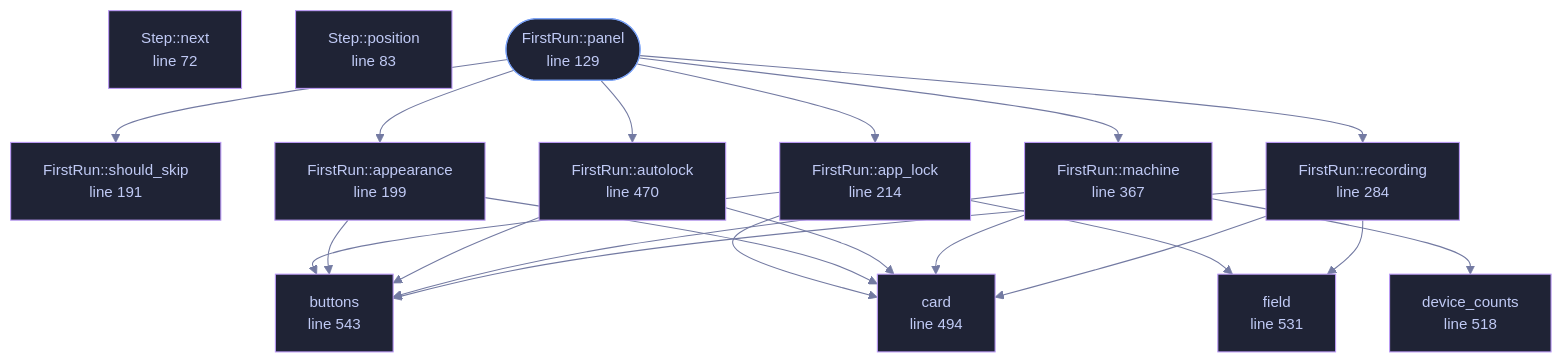
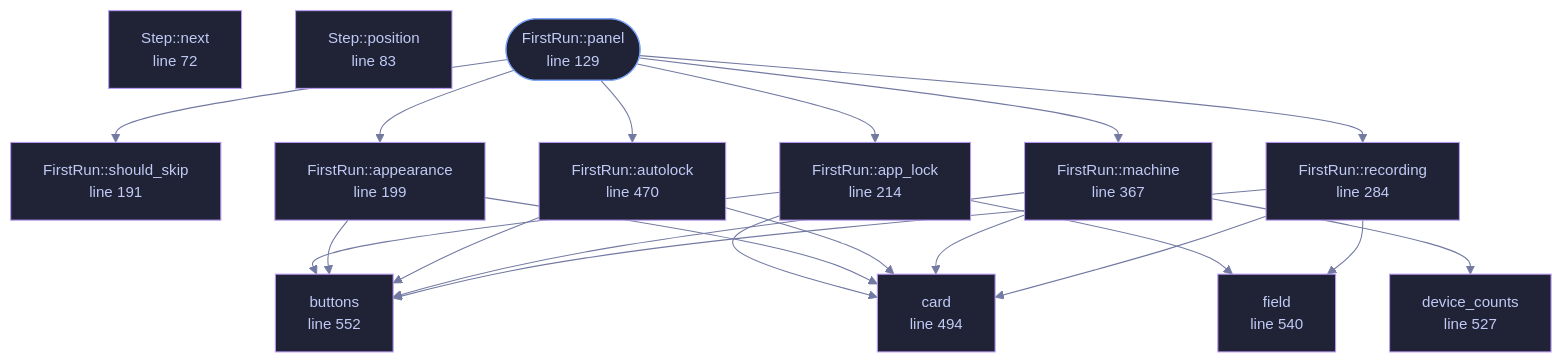
Before and after one commit to tilas01/veilvoice: the diagram in docs/files/veilvoice-gui/firstrun.md, drawn with Mermaid. The commit also changed other lines of this file and 17 other files, not shown here.

````diff
--- a/docs/files/veilvoice-gui/firstrun.md
+++ b/docs/files/veilvoice-gui/firstrun.md
@@ -99,53 +99,53 @@
 ```mermaid
 %%{init: {"theme":"base","themeVariables":{"background":"#1a1b26","primaryColor":"#1f2335","primaryTextColor":"#c0caf5","primaryBorderColor":"#7aa2f7","secondaryColor":"#16161e","tertiaryColor":"#16161e","lineColor":"#737aa2","textColor":"#c0caf5","mainBkg":"#1f2335","nodeBorder":"#7aa2f7","clusterBkg":"#16161e","clusterBorder":"#2f3549","fontFamily":"ui-monospace, SFMono-Regular, Consolas, monospace","fontSize":"14px"}}}%%
 flowchart TD
     n_next["Step::next<br/>line 72"]
     n_position["Step::position<br/>line 83"]
     n_panel(["FirstRun::panel<br/>line 129"])
     n_should_skip["FirstRun::should_skip<br/>line 191"]
     n_appearance["FirstRun::appearance<br/>line 199"]
     n_app_lock["FirstRun::app_lock<br/>line 214"]
     n_recording["FirstRun::recording<br/>line 284"]
     n_machine["FirstRun::machine<br/>line 367"]
     n_autolock["FirstRun::autolock<br/>line 470"]
     n_card["card<br/>line 494"]
-    n_device_counts["device_counts<br/>line 518"]
-    n_field["field<br/>line 531"]
-    n_buttons["buttons<br/>line 543"]
+    n_device_counts["device_counts<br/>line 527"]
+    n_field["field<br/>line 540"]
+    n_buttons["buttons<br/>line 552"]
     n_app_lock --> n_buttons
     n_app_lock --> n_card
     n_app_lock --> n_field
     n_appearance --> n_buttons
     n_appearance --> n_card
     n_autolock --> n_buttons
     n_autolock --> n_card
     n_machine --> n_buttons
     n_machine --> n_card
     n_machine --> n_device_counts
     n_panel --> n_app_lock
     n_panel --> n_appearance
     n_panel --> n_autolock
     n_panel --> n_machine
     n_panel --> n_recording
     n_panel --> n_should_skip
     n_recording --> n_buttons
     n_recording --> n_card
     n_recording --> n_field
     click n_next href "https://github.com/tilas01/veilvoice/blob/main/crates/veilvoice-gui/src/firstrun.rs#L72" "open the source"
     click n_position href "https://github.com/tilas01/veilvoice/blob/main/crates/veilvoice-gui/src/firstrun.rs#L83" "open the source"
     click n_panel href "https://github.com/tilas01/veilvoice/blob/main/crates/veilvoice-gui/src/firstrun.rs#L129" "open the source"
     click n_should_skip href "https://github.com/tilas01/veilvoice/blob/main/crates/veilvoice-gui/src/firstrun.rs#L191" "open the source"
     click n_appearance href "https://github.com/tilas01/veilvoice/blob/main/crates/veilvoice-gui/src/firstrun.rs#L199" "open the source"
     click n_app_lock href "https://github.com/tilas01/veilvoice/blob/main/crates/veilvoice-gui/src/firstrun.rs#L214" "open the source"
     click n_recording href "https://github.com/tilas01/veilvoice/blob/main/crates/veilvoice-gui/src/firstrun.rs#L284" "open the source"
     click n_machine href "https://github.com/tilas01/veilvoice/blob/main/crates/veilvoice-gui/src/firstrun.rs#L367" "open the source"
     click n_autolock href "https://github.com/tilas01/veilvoice/blob/main/crates/veilvoice-gui/src/firstrun.rs#L470" "open the source"
     click n_card href "https://github.com/tilas01/veilvoice/blob/main/crates/veilvoice-gui/src/firstrun.rs#L494" "open the source"
-    click n_device_counts href "https://github.com/tilas01/veilvoice/blob/main/crates/veilvoice-gui/src/firstrun.rs#L518" "open the source"
-    click n_field href "https://github.com/tilas01/veilvoice/blob/main/crates/veilvoice-gui/src/firstrun.rs#L531" "open the source"
-    click n_buttons href "https://github.com/tilas01/veilvoice/blob/main/crates/veilvoice-gui/src/firstrun.rs#L543" "open the source"
+    click n_device_counts href "https://github.com/tilas01/veilvoice/blob/main/crates/veilvoice-gui/src/firstrun.rs#L527" "open the source"
+    click n_field href "https://github.com/tilas01/veilvoice/blob/main/crates/veilvoice-gui/src/firstrun.rs#L540" "open the source"
+    click n_buttons href "https://github.com/tilas01/veilvoice/blob/main/crates/veilvoice-gui/src/firstrun.rs#L552" "open the source"
     classDef entry fill:#1f2335,stroke:#7aa2f7,color:#c0caf5
     class n_panel entry
     classDef helper fill:#1f2335,stroke:#bb9af7,color:#c0caf5
     class n_next,n_position,n_should_skip,n_appearance,n_app_lock,n_recording,n_machine,n_autolock,n_card,n_device_counts,n_field,n_buttons helper
 ```
````
